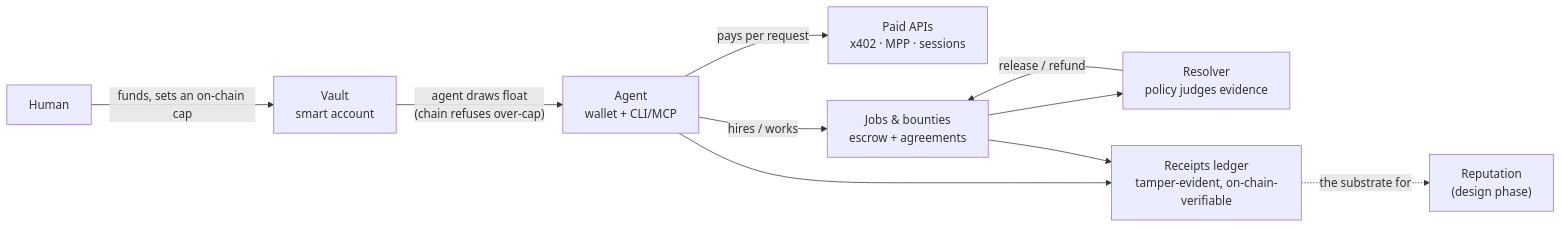
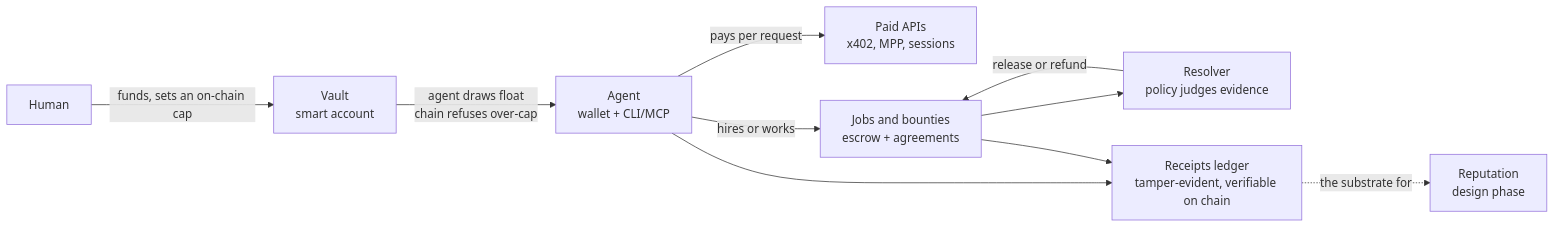
The first of 3 diagrams in README.md (Stellar-Light/stellar-pay), drawn with Mermaid before and after one commit. The commit also changed other lines of this file and 1 other file, not shown here.

````diff
--- a/README.md
+++ b/README.md
@@ -20,12 +20,12 @@
 ```mermaid
 flowchart LR
     H["Human"] -->|"funds, sets an on-chain cap"| V["Vault<br/>smart account"]
-    V -->|"agent draws float<br/>(chain refuses over-cap)"| A["Agent<br/>wallet + CLI/MCP"]
-    A -->|"pays per request"| P["Paid APIs<br/>x402 · MPP · sessions"]
-    A -->|"hires / works"| W["Jobs & bounties<br/>escrow + agreements"]
+    V -->|"agent draws float<br/>chain refuses over-cap"| A["Agent<br/>wallet + CLI/MCP"]
+    A -->|"pays per request"| P["Paid APIs<br/>x402, MPP, sessions"]
+    A -->|"hires or works"| W["Jobs and bounties<br/>escrow + agreements"]
     W --> R["Resolver<br/>policy judges evidence"]
-    R -->|"release / refund"| W
-    A --> L["Receipts ledger<br/>tamper-evident, on-chain-verifiable"]
+    R -->|"release or refund"| W
+    A --> L["Receipts ledger<br/>tamper-evident, verifiable on chain"]
     W --> L
-    L -.->|"the substrate for"| REP["Reputation<br/>(design phase)"]
+    L -.->|"the substrate for"| REP["Reputation<br/>design phase"]
 ```
````
